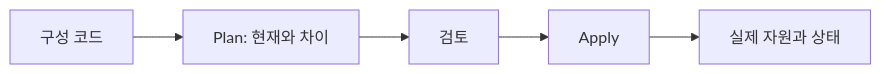
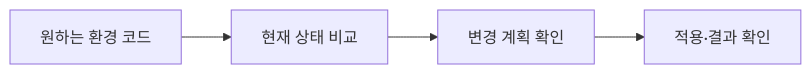
The diagram in content/topics/iac.md (moocongpapa/it-study), drawn with Mermaid before and after one commit. The commit also changed other lines of this file and 71 other files, not shown here.

````diff
--- a/content/topics/iac.md
+++ b/content/topics/iac.md
@@ -6,4 +20,4 @@
 ```mermaid
 flowchart LR
-  C["구성 코드"] --> P["Plan: 현재와 차이"] --> R["검토"] --> A["Apply"] --> S["실제 자원과 상태"]
+ A["원하는 환경 코드"] --> B["현재 상태 비교"] --> C["변경 계획 확인"] --> D["적용·결과 확인"]
 ```
````
